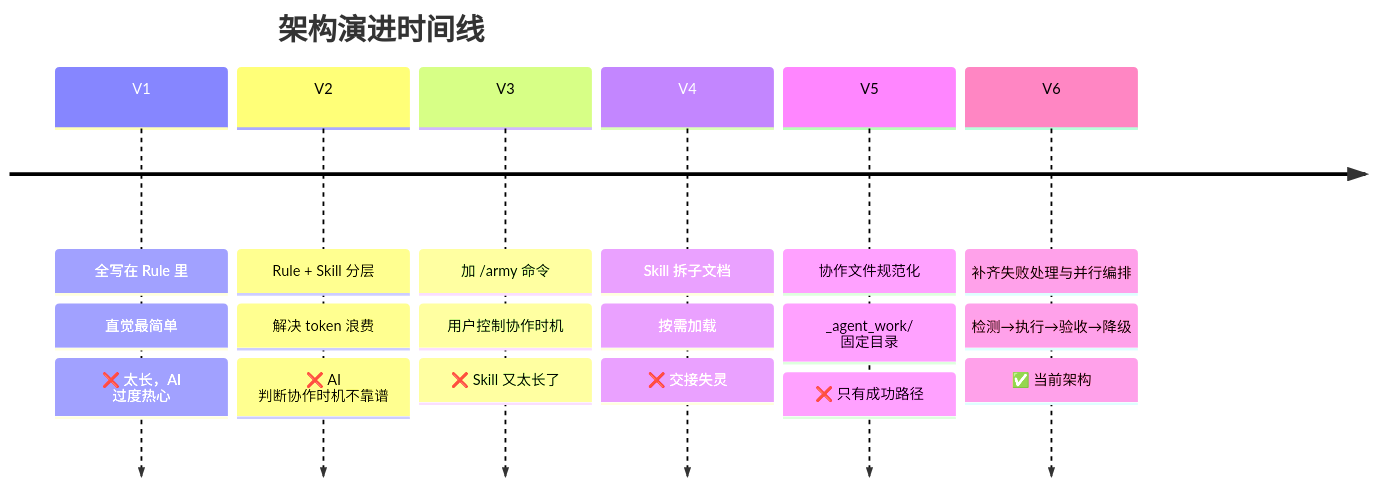
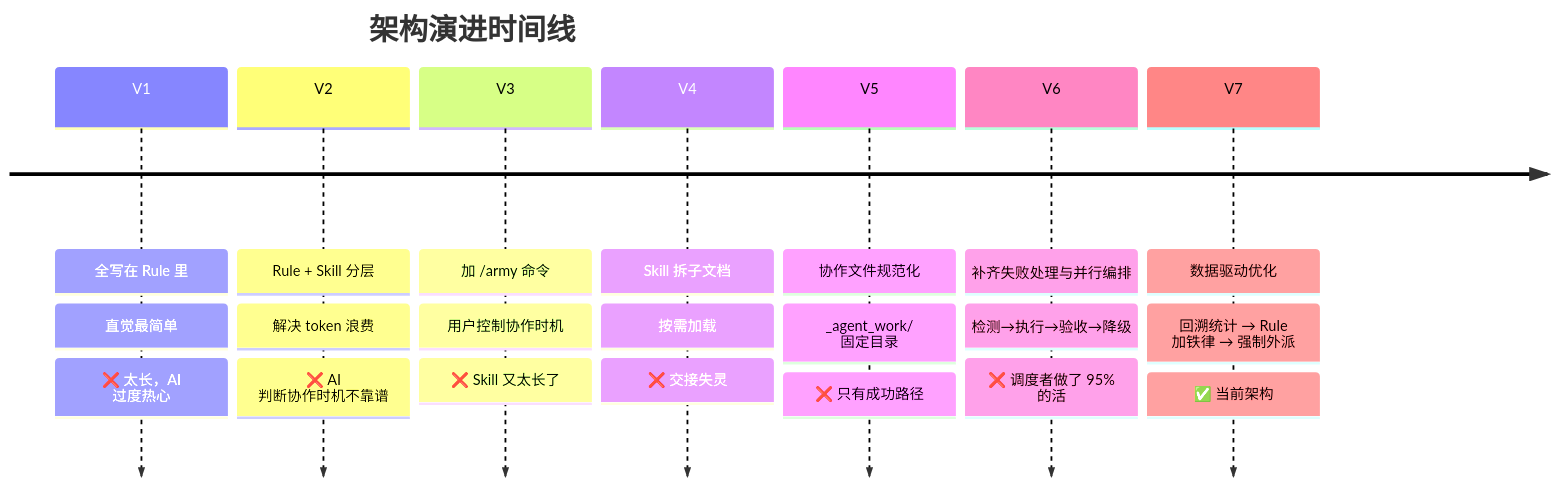
Before and after one commit to JeffLeeIsAGoodMan/agent-army: diagram 15 of 15 in docs/concept.md, drawn with Mermaid. The commit also changed other lines of this file and 1 other file, not shown here.

````diff
--- a/docs/concept.md
+++ b/docs/concept.md
@@ -489,22 +554,25 @@
 ```mermaid
 timeline
   title 架构演进时间线
   V1 : 全写在 Rule 里
      : 直觉最简单
      : ❌ 太长，AI 过度热心
   V2 : Rule + Skill 分层
      : 解决 token 浪费
      : ❌ AI 判断协作时机不靠谱
   V3 : 加 /army 命令
      : 用户控制协作时机
      : ❌ Skill 又太长了
   V4 : Skill 拆子文档
      : 按需加载
      : ❌ 交接失灵
   V5 : 协作文件规范化
      : _agent_work/ 固定目录
      : ❌ 只有成功路径
   V6 : 补齐失败处理与并行编排
      : 检测→执行→验收→降级
+     : ❌ 调度者做了 95% 的活
+  V7 : 数据驱动优化
+     : 回溯统计 → Rule 加铁律 → 强制外派
      : ✅ 当前架构
 ```
````
